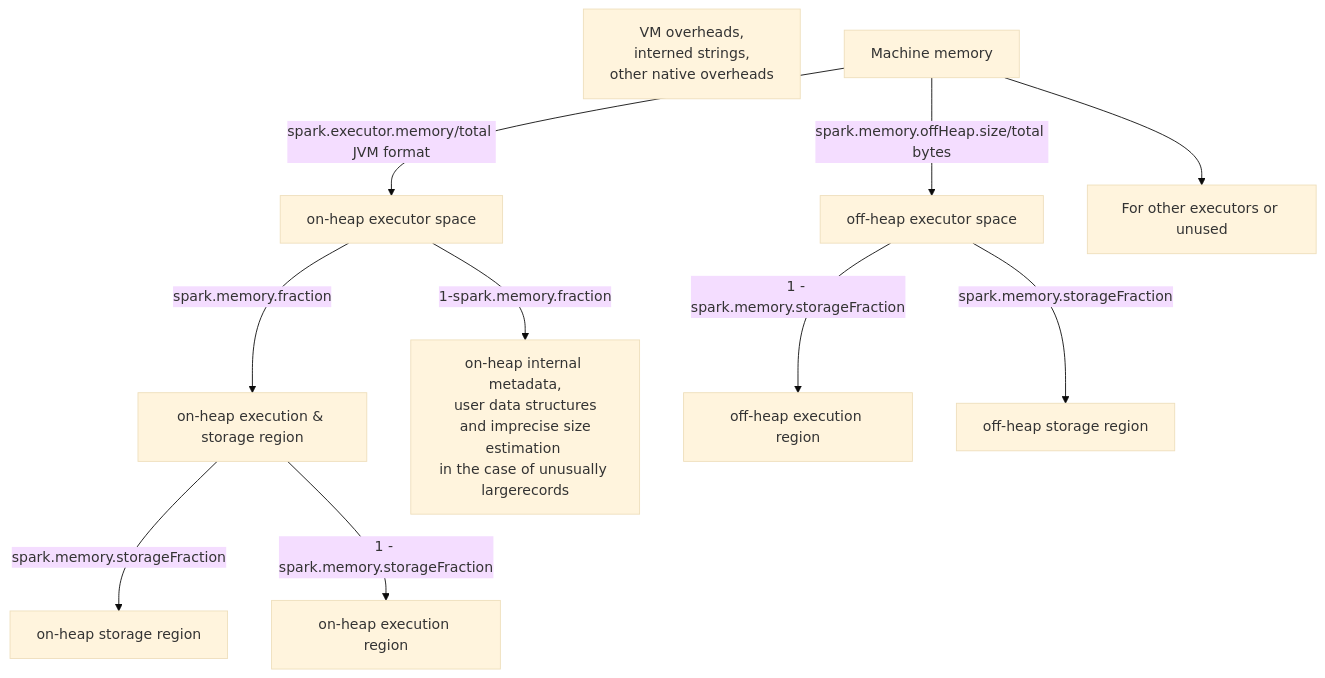
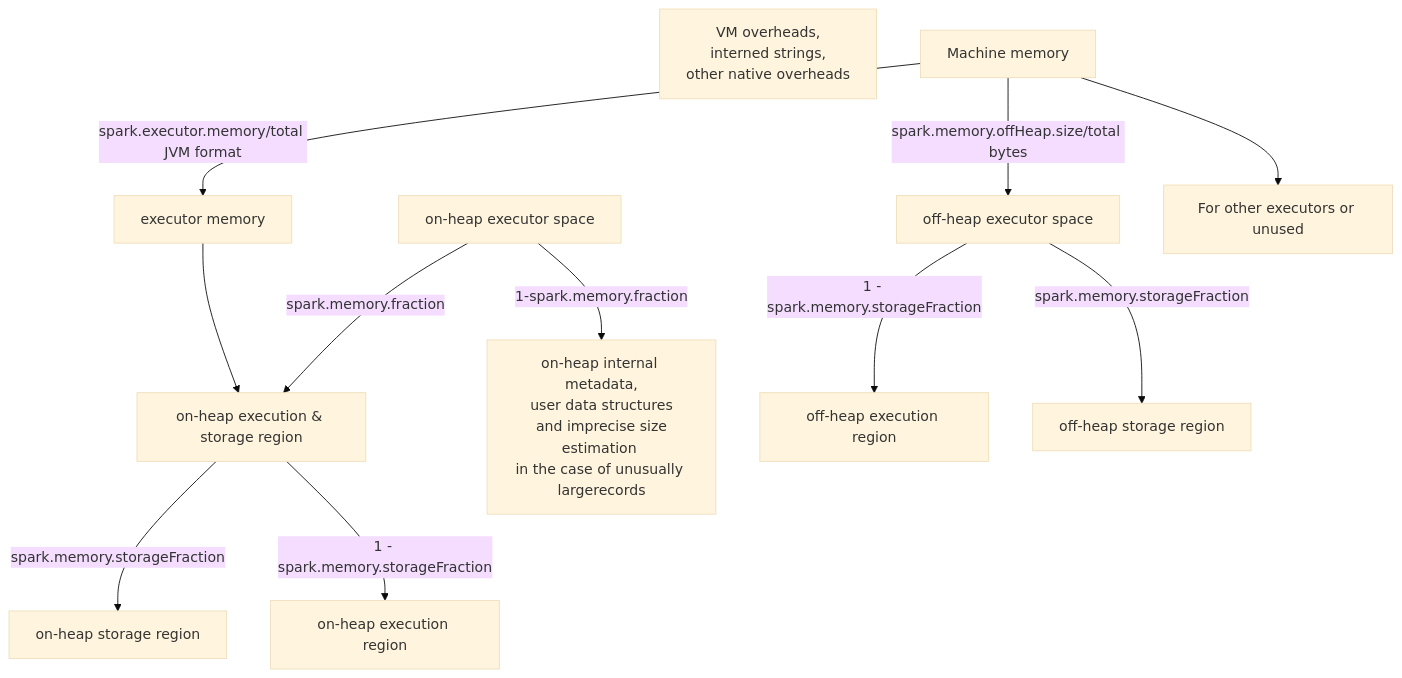
One commit to EnzoBnl/enzobnl changed the diagram in spark.md. Above: the diagram before and after it, drawn with Mermaid (base theme). The commit also changed other lines of this file, not shown here.

Commit message:
spark.md updated from https://stackedit.io/

````diff
--- a/spark.md
+++ b/spark.md
@@ -46,23 +46,25 @@
 ```mermaid
 graph TB
+-4[executor memory]
 -3[VM overheads,<br/> interned strings,<br/>other native overheads]
 -2[For other executors or unused]
 -1[Machine memory]
 0[on-heap execution & storage region]
 1[on-heap executor space]
 2[off-heap executor space]
 3[on-heap execution region]
 4[on-heap storage region]
 33[off-heap execution region]
 44[off-heap storage region]
 5[on-heap internal metadata,<br/>user data structures<br/> and imprecise size estimation <br/>in the case of unusually largerecords]
 -1 --> -2
 -1--spark.memory.offHeap.size/total bytes-->2
--1--spark.executor.memory/total JVM format-->1
+-1--spark.executor.memory/total JVM format-->-4
+-4 --> 0
 1 --spark.memory.fraction-->0
 1 --1-spark.memory.fraction-->5
 0 -- spark.memory.storageFraction--> 4
 0 --1 - spark.memory.storageFraction--> 3
 2 -- spark.memory.storageFraction--> 44
 2 --1 - spark.memory.storageFraction--> 33
 ```
````
